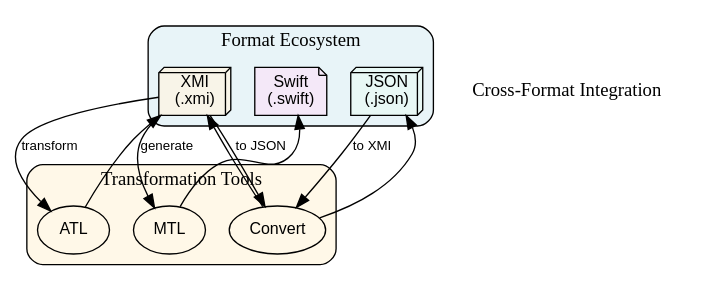
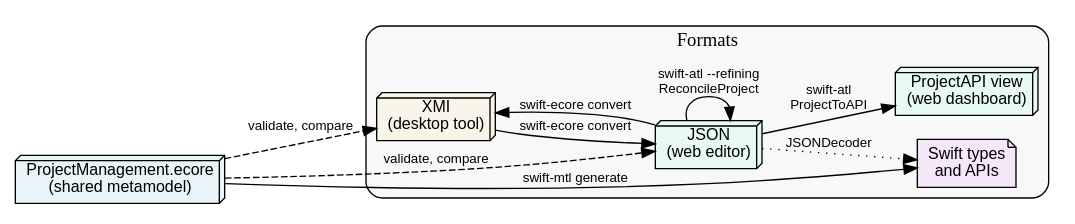
The diagram in Sources/SwiftModelling/SwiftModelling.docc/Resources/cross-format-integration.dot (mipalgu/swift-modelling), drawn with Graphviz before and after one commit. The commit also changed 89 other files, not shown here.

```diff
--- a/Sources/SwiftModelling/SwiftModelling.docc/Resources/cross-format-integration.dot
+++ b/Sources/SwiftModelling/SwiftModelling.docc/Resources/cross-format-integration.dot
@@ -1,37 +1,28 @@
 digraph CrossFormatIntegration {
     bgcolor="white"
-    rankdir=TB
+    rankdir=LR
     node [shape=box, style=rounded, fontname="Arial", fontsize=12]
     edge [fontname="Arial", fontsize=10]
-    
+
+    metamodel [label="ProjectManagement.ecore\n(shared metamodel)" shape=box3d fillcolor="#e8f4f8" style=filled]
+
     subgraph cluster_formats {
-        label="Format Ecosystem"
+        label="Formats"
         style=rounded
-        bgcolor="#e8f4f8"
-        
-        xmi [label="XMI\n(.xmi)" shape=box3d fillcolor="#f8f4e8" style=filled]
-        json [label="JSON\n(.json)" shape=box3d fillcolor="#e8f8f5" style=filled]
-        swift [label="Swift\n(.swift)" shape=note fillcolor="#f4e8f8" style=filled]
+        bgcolor="#f8f8f8"
+
+        xmi [label="XMI\n(desktop tool)" shape=box3d fillcolor="#f8f4e8" style=filled]
+        json [label="JSON\n(web editor)" shape=box3d fillcolor="#e8f8f5" style=filled]
+        view [label="ProjectAPI view\n(web dashboard)" shape=box3d fillcolor="#e8f8f5" style=filled]
+        swift [label="Swift types\nand APIs" shape=note fillcolor="#f4e8f8" style=filled]
     }
-    
-    subgraph cluster_tools {
-        label="Transformation Tools"
-        style=rounded
-        bgcolor="#fff8e8"
-        
-        atl [label="ATL" shape=ellipse]
-        mtl [label="MTL" shape=ellipse]
-        convert [label="Convert" shape=ellipse]
-    }
-    
-    xmi -> convert [label="to JSON"]
-    convert -> json
-    json -> convert [label="to XMI"]
-    convert -> xmi
-    xmi -> atl [label="transform"]
-    atl -> xmi
-    xmi -> mtl [label="generate"]
-    mtl -> swift
-    
-    legendTitle [label="Cross-Format Integration" shape=plaintext fontname="Arial Bold" fontsize=14]
+
+    xmi -> json [label="swift-ecore convert"]
+    json -> xmi [label="swift-ecore convert"]
+    json -> view [label="swift-atl\nProjectToAPI"]
+    json -> json [label="swift-atl --refining\nReconcileProject"]
+    metamodel -> swift [label="swift-mtl generate"]
+    json -> swift [label="JSONDecoder" style=dotted]
+    metamodel -> xmi [label="validate, compare" style=dashed]
+    metamodel -> json [label="validate, compare" style=dashed]
 }
```
